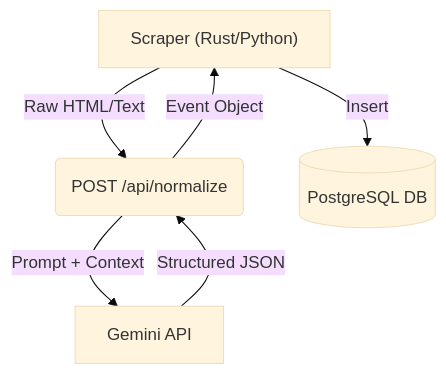
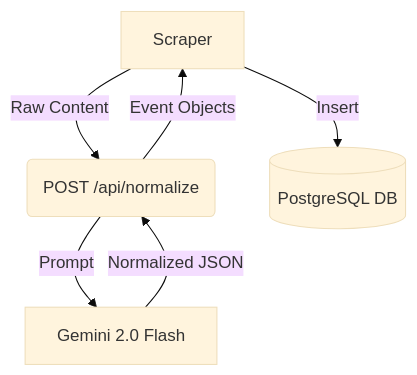
Before and after one commit to locate918/capstone: the first of 2 diagrams in docs/Design/AI_Service_Overview.md, drawn with Mermaid (base theme). The commit also changed other lines of this file and 6 other files, not shown here.

`````diff
--- a/docs/Design/AI_Service_Overview.md
+++ b/docs/Design/AI_Service_Overview.md
@@ -50,8 +55,8 @@
-````mermaid
+```mermaid
 graph TD
-    A["Scraper (Rust/Python)"] -->|Raw HTML/Text| B("POST /api/normalize")
-    B -->|Prompt + Context| C["Gemini API"]
-    C -->|Structured JSON| B
-    B -->|Event Object| A
+    A["Scraper"] -->|Raw Content| B("POST /api/normalize")
+    B -->|Prompt| C["Gemini 2.0 Flash"]
+    C -->|Normalized JSON| B
+    B -->|Event Objects| A
     A -->|Insert| D[("PostgreSQL DB")]
-````
+```
`````
